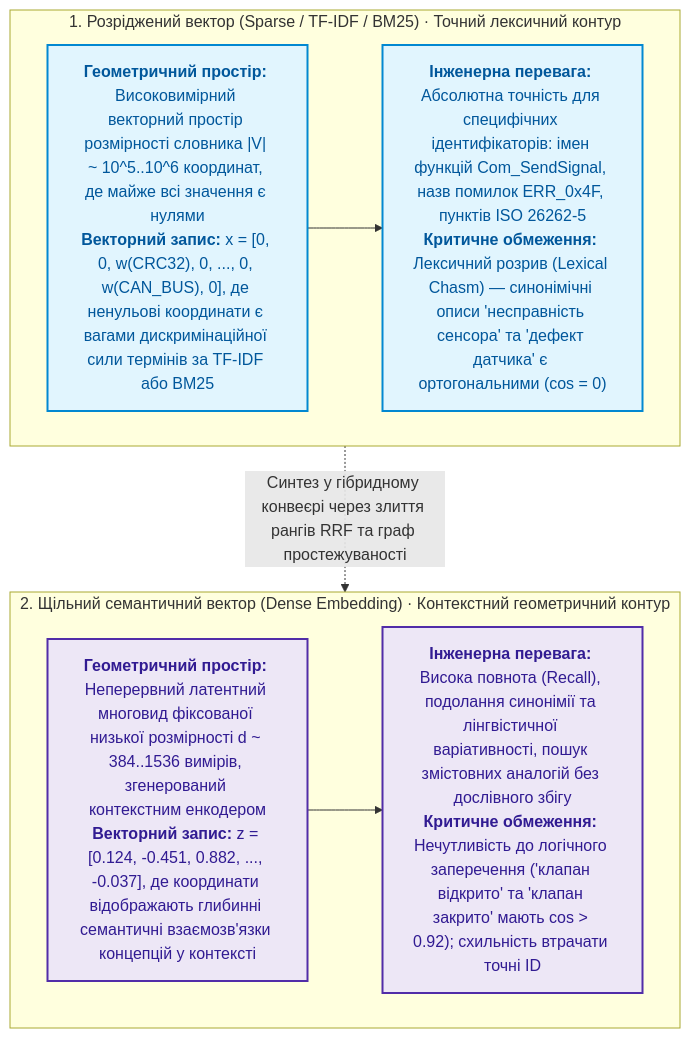
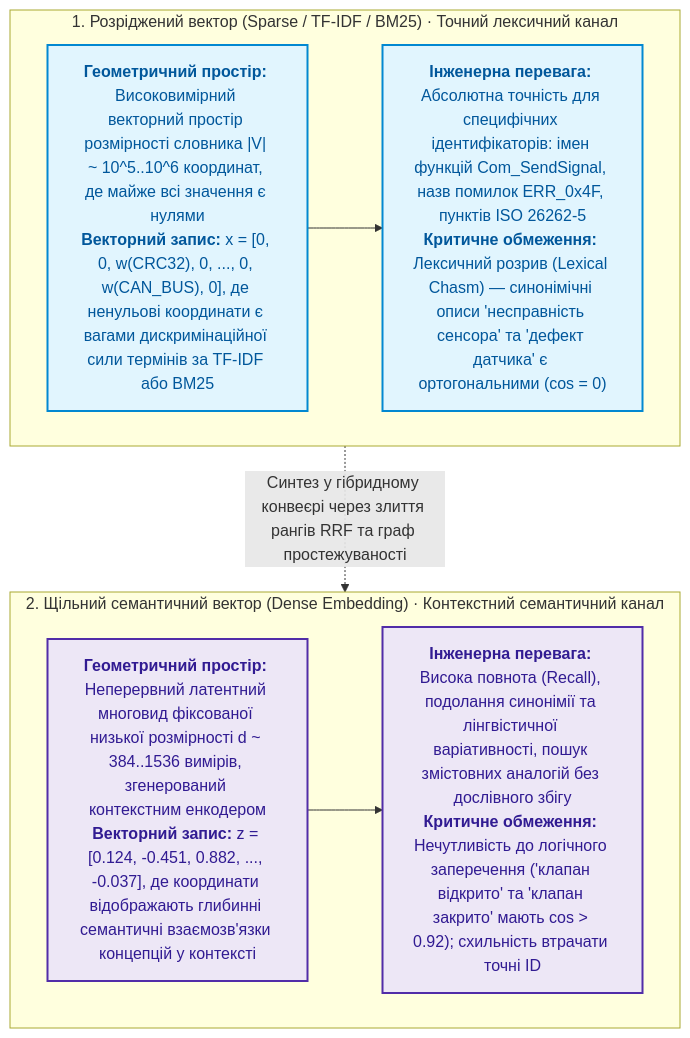
Before and after one commit to nick-fedchik/articles: the ninth of 11 diagrams in ExpertSystem/ch04-evolution-from-bayes-to-evidence-ai.md, drawn with Mermaid. The commit also changed other lines of this file and 27 other files, not shown here.

````diff
--- a/ExpertSystem/ch04-evolution-from-bayes-to-evidence-ai.md
+++ b/ExpertSystem/ch04-evolution-from-bayes-to-evidence-ai.md
@@ -922,25 +922,25 @@
 ```mermaid
 flowchart TD
     accTitle: Порівняння розріджених лексичних і щільних семантичних векторів
     accDescr: Розріджені вектори кодують точні слова за розмірністю словника, а щільні вектори кодують прихований зміст у просторі фіксованої розмірності.
 
-    subgraph Sparse["1. Розріджений вектор (Sparse / TF-IDF / BM25) · Точний лексичний контур"]
+    subgraph Sparse["1. Розріджений вектор (Sparse / TF-IDF / BM25) · Точний лексичний канал"]
         S1["<b>Геометричний простір:</b> Високовимірний векторний простір розмірності словника |V| ~ 10^5..10^6 координат, де майже всі значення є нулями<br/><b>Векторний запис:</b> x = [0, 0, w(CRC32), 0, ..., 0, w(CAN_BUS), 0], де ненульові координати є вагами дискримінаційної сили термінів за TF-IDF або BM25"]
         S2["<b>Інженерна перевага:</b> Абсолютна точність для специфічних ідентифікаторів: імен функцій Com_SendSignal, назв помилок ERR_0x4F, пунктів ISO 26262-5<br/><b>Критичне обмеження:</b> Лексичний розрив (Lexical Chasm) — синонімічні описи 'несправність сенсора' та 'дефект датчика' є ортогональними (cos = 0)"]
         S1 --> S2
     end
 
-    subgraph Dense["2. Щільний семантичний вектор (Dense Embedding) · Контекстний геометричний контур"]
+    subgraph Dense["2. Щільний семантичний вектор (Dense Embedding) · Контекстний семантичний канал"]
         D1["<b>Геометричний простір:</b> Неперервний латентний многовид фіксованої низької розмірності d ~ 384..1536 вимірів, згенерований контекстним енкодером<br/><b>Векторний запис:</b> z = [0.124, -0.451, 0.882, ..., -0.037], де координати відображають глибинні семантичні взаємозв'язки концепцій у контексті"]
         D2["<b>Інженерна перевага:</b> Висока повнота (Recall), подолання синонімії та лінгвістичної варіативності, пошук змістовних аналогій без дослівного збігу<br/><b>Критичне обмеження:</b> Нечутливість до логічного заперечення ('клапан відкрито' та 'клапан закрито' мають cos > 0.92); схильність втрачати точні ID"]
         D1 --> D2
     end
 
     Sparse -.->|Синтез у гібридному конвеєрі через злиття рангів RRF та граф простежуваності| Dense
 
     classDef s fill:#e1f5fe,stroke:#0288d1,stroke-width:2px,color:#01579b;
     classDef d fill:#ede7f6,stroke:#512da8,stroke-width:2px,color:#311b92;
 
     class S1,S2 s;
     class D1,D2 d;
 ```
````
